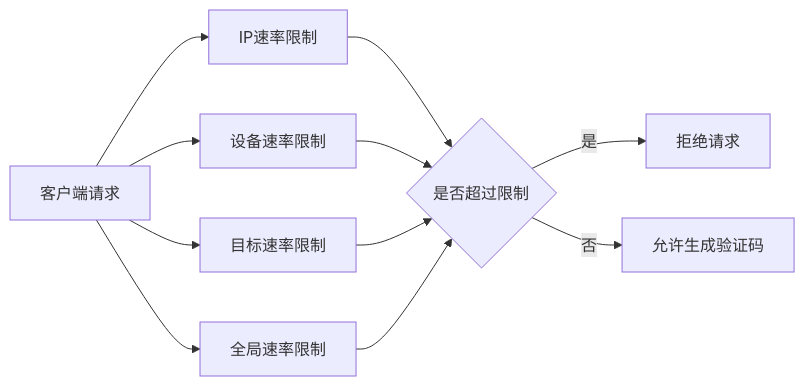
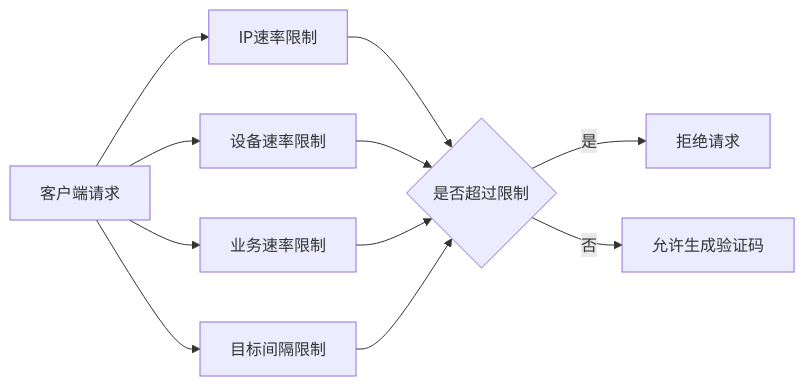
One commit to opensabre/base-sysadmin changed the fifth of 5 diagrams in CAPTCHA_MODULE_DESIGN.md. Above: the diagram before and after it, drawn with Mermaid. The commit also changed other lines of this file and 1 other file, not shown here.

Commit message:
Update captcha module design documentation with latest architecture

````diff
--- a/CAPTCHA_MODULE_DESIGN.md
+++ b/CAPTCHA_MODULE_DESIGN.md
@@ -216,15 +289,15 @@
 ```mermaid
 graph LR
     A[客户端请求] --> B[IP速率限制]
     A --> C[设备速率限制]
-    A --> D[目标速率限制]
-    A --> E[全局速率限制]
+    A --> D[业务速率限制]
+    A --> E[目标间隔限制]
     
     B --> F{是否超过限制}
     C --> F
     D --> F
     E --> F
     
     F -- 是 --> G[拒绝请求]
     F -- 否 --> H[允许生成验证码]
 ```
````
